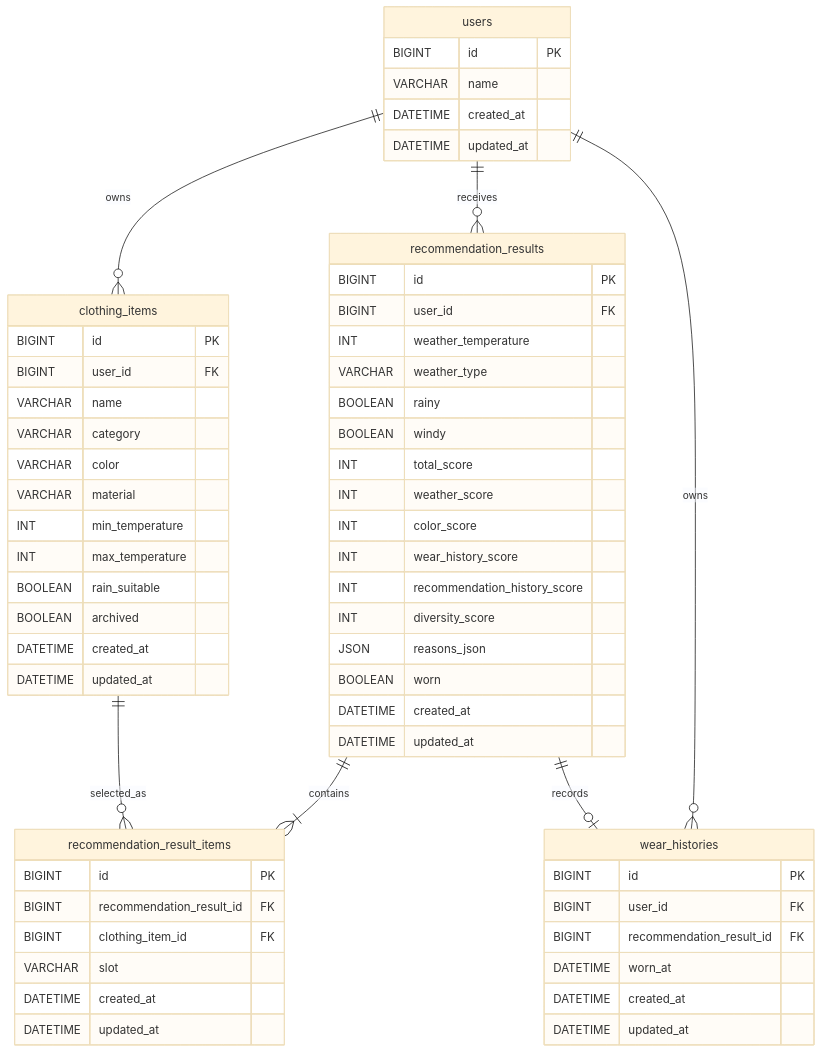
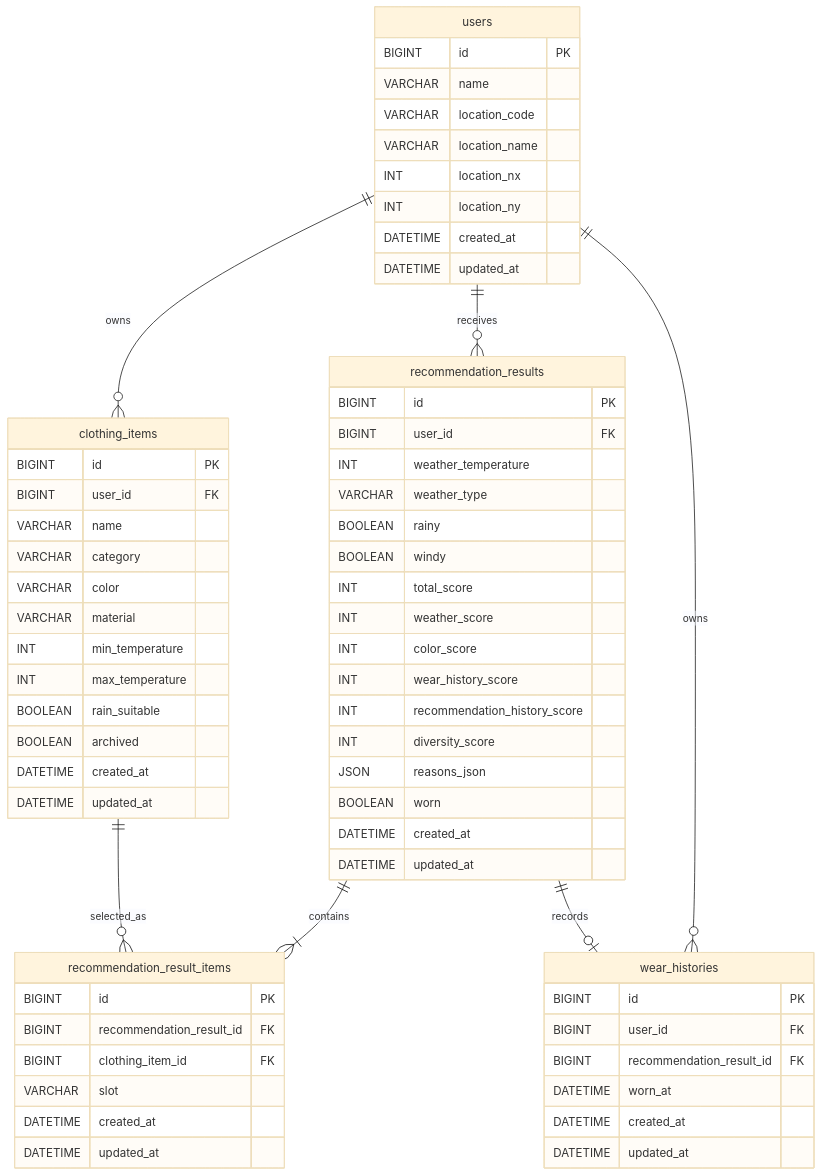
The diagram in docs/ERD.md (vanilalatte03/SmartCloset-v2), drawn with Mermaid (base theme) before and after one commit. The commit also changed other lines of this file and 26 other files, not shown here.

````diff
--- a/docs/ERD.md
+++ b/docs/ERD.md
@@ -23,68 +23,72 @@
 ```mermaid
 erDiagram
   users ||--o{ clothing_items : owns
   users ||--o{ recommendation_results : receives
   recommendation_results ||--|{ recommendation_result_items : contains
   clothing_items ||--o{ recommendation_result_items : selected_as
   recommendation_results ||--o| wear_histories : records
   users ||--o{ wear_histories : owns
 
   users {
     BIGINT id PK
     VARCHAR name
+    VARCHAR location_code
+    VARCHAR location_name
+    INT location_nx
+    INT location_ny
     DATETIME created_at
     DATETIME updated_at
   }
 
   clothing_items {
     BIGINT id PK
     BIGINT user_id FK
     VARCHAR name
     VARCHAR category
     VARCHAR color
     VARCHAR material
     INT min_temperature
     INT max_temperature
     BOOLEAN rain_suitable
     BOOLEAN archived
     DATETIME created_at
     DATETIME updated_at
   }
 
   recommendation_results {
     BIGINT id PK
     BIGINT user_id FK
     INT weather_temperature
     VARCHAR weather_type
     BOOLEAN rainy
     BOOLEAN windy
     INT total_score
     INT weather_score
     INT color_score
     INT wear_history_score
     INT recommendation_history_score
     INT diversity_score
     JSON reasons_json
     BOOLEAN worn
     DATETIME created_at
     DATETIME updated_at
   }
 
   recommendation_result_items {
     BIGINT id PK
     BIGINT recommendation_result_id FK
     BIGINT clothing_item_id FK
     VARCHAR slot
     DATETIME created_at
     DATETIME updated_at
   }
 
   wear_histories {
     BIGINT id PK
     BIGINT user_id FK
     BIGINT recommendation_result_id FK
     DATETIME worn_at
     DATETIME created_at
     DATETIME updated_at
   }
 ```
````
